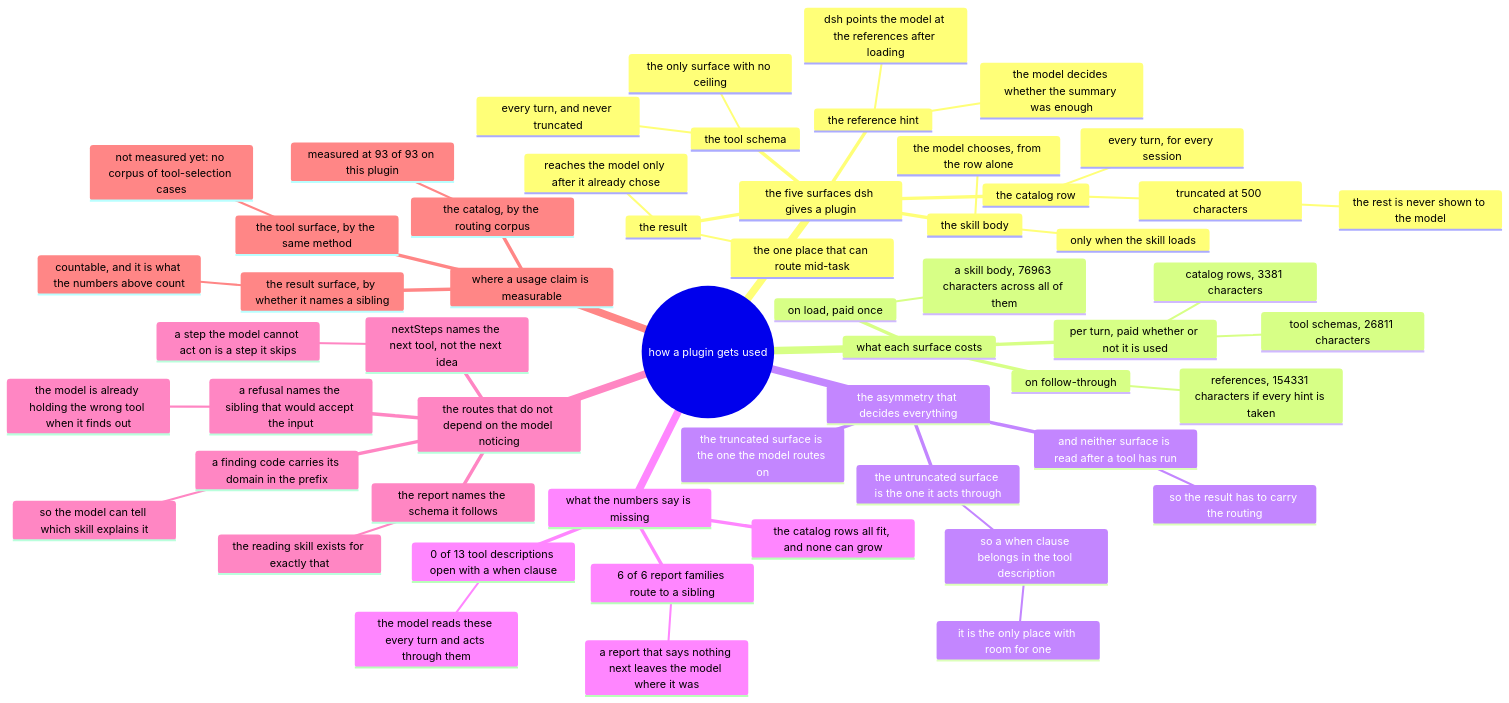
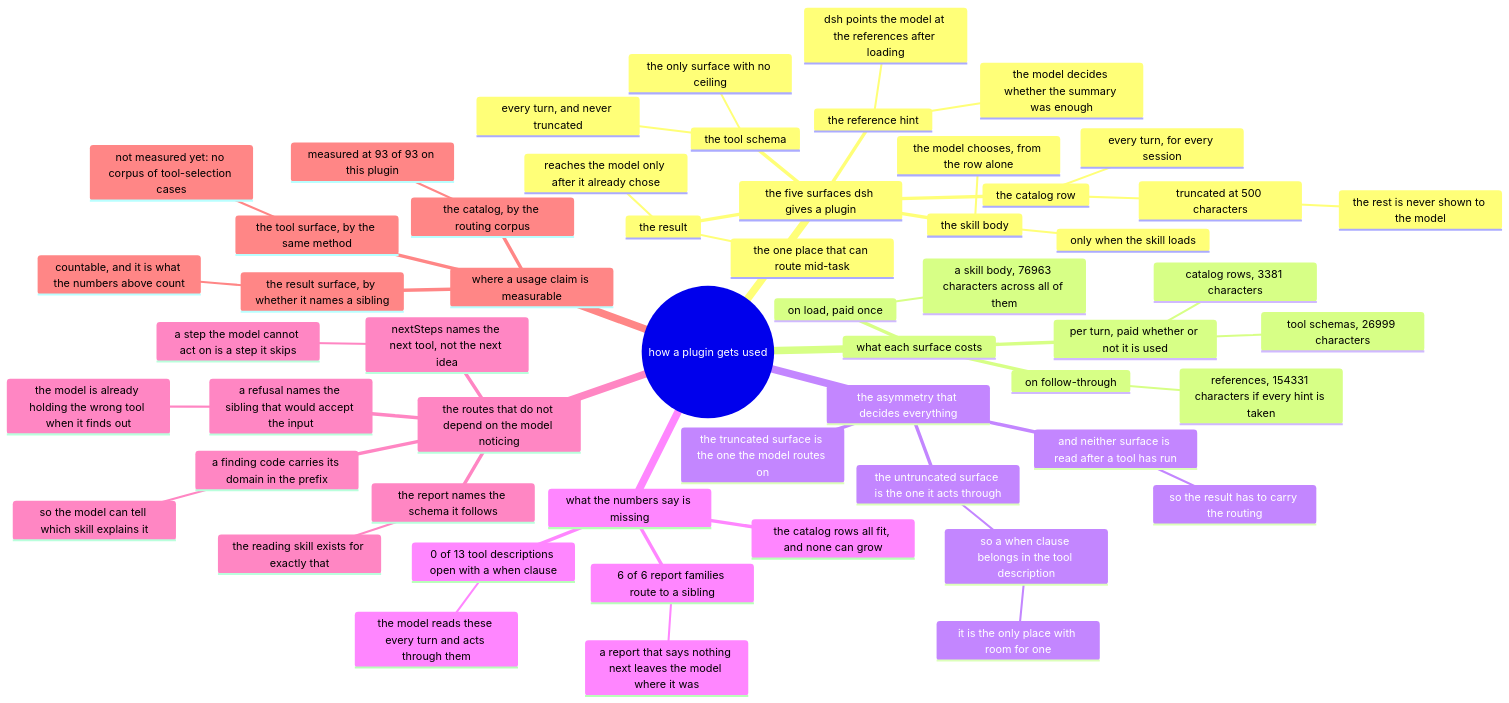
The diagram in docs/usage/mindmap.mmd (AmethystLuna/dsh-model-everything), drawn with Mermaid before and after one commit. The commit also changed 9 other files, not shown here.

```diff
--- a/docs/usage/mindmap.mmd
+++ b/docs/usage/mindmap.mmd
@@ -1,56 +1,56 @@
 mindmap
 root((how a plugin gets used))
   the five surfaces dsh gives a plugin
     the catalog row
       every turn, for every session
       truncated at 500 characters
         the rest is never shown to the model
     the skill body
       only when the skill loads
       the model chooses, from the row alone
     the reference hint
       dsh points the model at the references after loading
       the model decides whether the summary was enough
     the tool schema
       every turn, and never truncated
       the only surface with no ceiling
     the result
       reaches the model only after it already chose
       the one place that can route mid-task
   what each surface costs
     per turn, paid whether or not it is used
       catalog rows, 3381 characters
-      tool schemas, 26811 characters
+      tool schemas, 26999 characters
     on load, paid once
       a skill body, 76963 characters across all of them
     on follow-through
       references, 154331 characters if every hint is taken
   the asymmetry that decides everything
     the truncated surface is the one the model routes on
     the untruncated surface is the one it acts through
       so a when clause belongs in the tool description
         it is the only place with room for one
     and neither surface is read after a tool has run
       so the result has to carry the routing
   what the numbers say is missing
     0 of 13 tool descriptions open with a when clause
       the model reads these every turn and acts through them
     6 of 6 report families route to a sibling
       a report that says nothing next leaves the model where it was
     the catalog rows all fit, and none can grow
   the routes that do not depend on the model noticing
     a refusal names the sibling that would accept the input
       the model is already holding the wrong tool when it finds out
     nextSteps names the next tool, not the next idea
       a step the model cannot act on is a step it skips
     a finding code carries its domain in the prefix
       so the model can tell which skill explains it
     the report names the schema it follows
       the reading skill exists for exactly that
   where a usage claim is measurable
     the catalog, by the routing corpus
       measured at 93 of 93 on this plugin
     the tool surface, by the same method
       not measured yet: no corpus of tool-selection cases
     the result surface, by whether it names a sibling
       countable, and it is what the numbers above count
```
